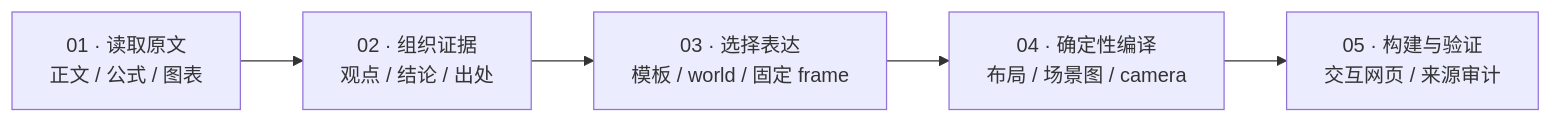
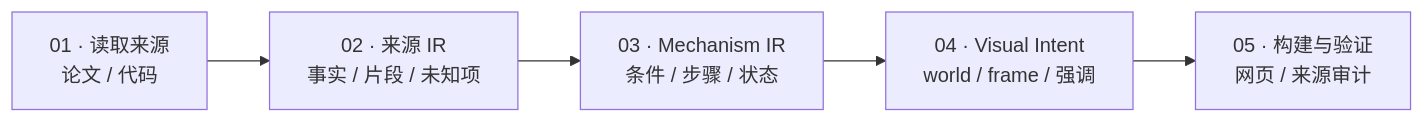
The diagram in README.md (EclidFundgue/MechanismLens), drawn with Mermaid before and after one commit. The commit also changed other lines of this file and 54 other files, not shown here.

````diff
--- a/README.md
+++ b/README.md
@@ -140,7 +148,7 @@
 ```mermaid
 flowchart LR
-    A["01 · 读取原文<br/>正文 / 公式 / 图表"] --> B["02 · 组织证据<br/>观点 / 结论 / 出处"]
-    B --> C["03 · 选择表达<br/>模板 / world / 固定 frame"]
-    C --> D["04 · 确定性编译<br/>布局 / 场景图 / camera"]
-    D --> E["05 · 构建与验证<br/>交互网页 / 来源审计"]
+    A["01 · 读取来源<br/>论文 / 代码"] --> B["02 · 来源 IR<br/>事实 / 片段 / 未知项"]
+    B --> C["03 · Mechanism IR<br/>条件 / 步骤 / 状态"]
+    C --> D["04 · Visual Intent<br/>world / frame / 强调"]
+    D --> E["05 · 构建与验证<br/>网页 / 来源审计"]
 ```
````
